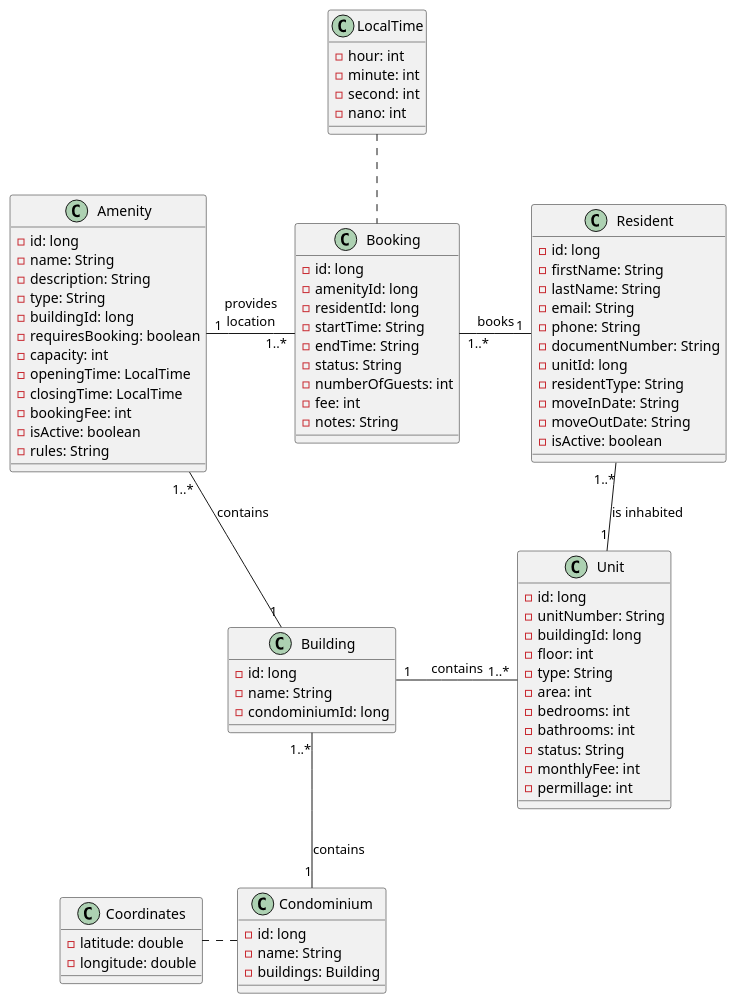
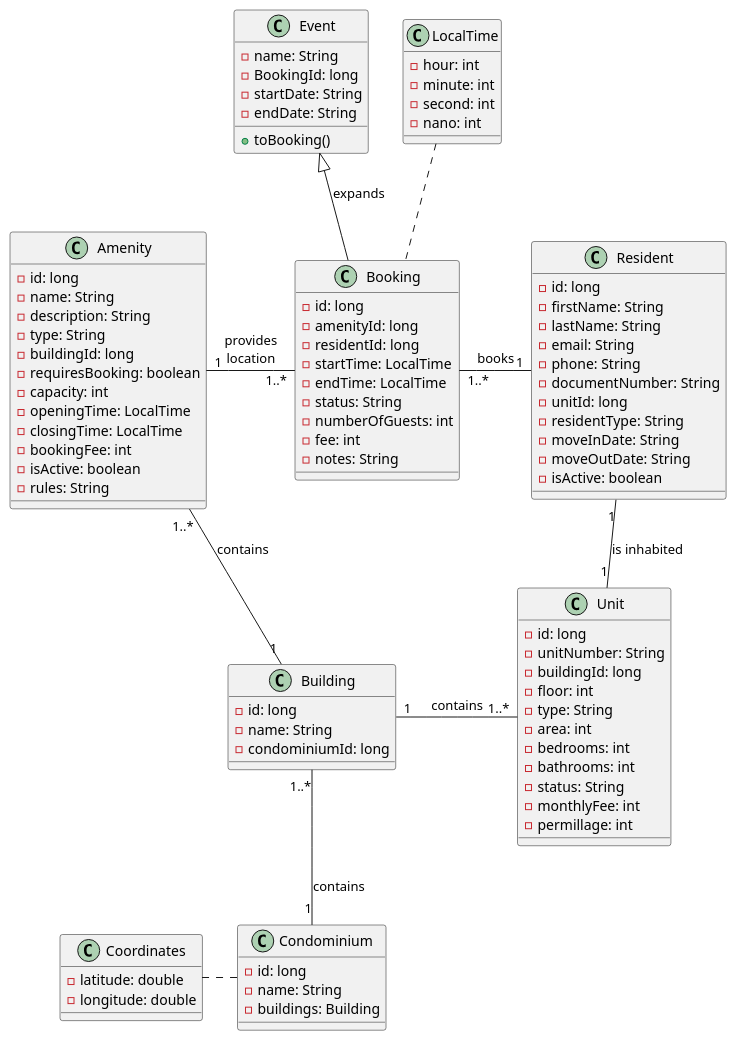
One commit to MiguelSantos568/DSSMV_ProjectDroid_1231121_1240568 changed the diagram in app/doc/DomainModel.puml. Above: the diagram before and after it, drawn with PlantUML. The commit also changed 17 other files, not shown here.

```diff
--- a/app/doc/DomainModel.puml
+++ b/app/doc/DomainModel.puml
@@ -1,96 +1,106 @@
 @startuml
 
 '----- Classes -----
 
 class "Condominium"{
     - id: long
     - name: String
     - buildings: Building
 }
 
 class "Coordinates"{
     - latitude: double
     - longitude: double
 }
 
 class "Amenity"{
     - id: long
     - name: String
     - description: String
     - type: String
     - buildingId: long
     - requiresBooking: boolean
     - capacity: int
     - openingTime: LocalTime
     - closingTime: LocalTime
     - bookingFee: int
     - isActive: boolean
     - rules: String
 }
 
 class "Booking"{
     - id: long
     - amenityId: long
     - residentId: long
-    - startTime: String
-    - endTime: String
+    - startTime: LocalTime
+    - endTime: LocalTime
     - status: String
     - numberOfGuests: int
     - fee: int
     - notes: String
 }
 
 class "Building"{
     - id: long
     - name: String
     - condominiumId: long
 }
 
 class "Resident"{
     - id: long
     - firstName: String
     - lastName: String
     - email: String
     - phone: String
     - documentNumber: String
     - unitId: long
     - residentType: String
     - moveInDate: String
     - moveOutDate: String
     - isActive: boolean
 }
 
 class "Unit"{
     - id: long
     - unitNumber: String
     - buildingId: long
     - floor: int
     - type: String
     - area: int
     - bedrooms: int
     - bathrooms: int
     - status: String
     - monthlyFee: int
     - permillage: int
 }
 
 class "LocalTime"{
     - hour: int
     - minute: int
     - second: int
     - nano: int
 }
 
+class "Event"{
+    - name: String
+    - BookingId: long
+    - startDate: String
+    - endDate: String
+    +toBooking()
+}
+
 '----- Connections -----
 
 "Coordinates" -right. "Condominium"
 "LocalTime" -. "Booking"
 
 "Building" "1..*"--"1" "Condominium" : "contains"
 "Amenity" "1..*"--"1" "Building" : "contains"
 "Unit" "1..*"-left-"1" "Building" : "contains"
-"Resident" "1..*"--"1" "Unit" : "is inhabited"
+"Resident" "1"--"1" "Unit" : "is inhabited"
 "Booking" "1..*"-right-"1" "Resident" : "books"
 "Booking" "1..*"-left-"1" "Amenity" : "provides\nlocation"
 
+"Booking" -up-|> "Event" : "expands"
+
 @enduml
```
